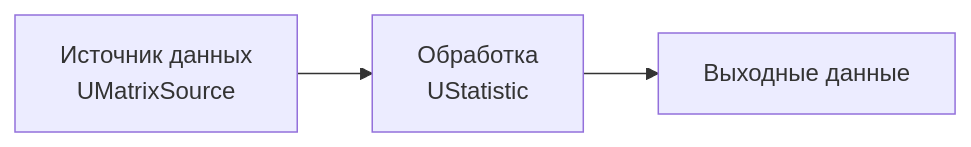
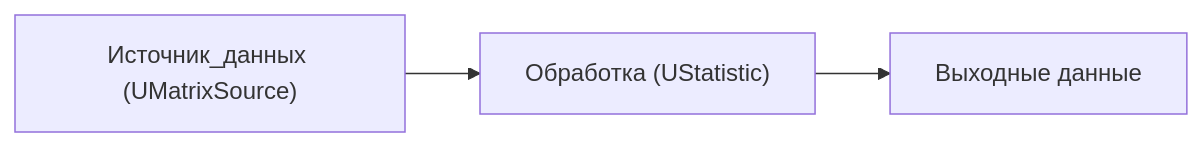
The first of 3 diagrams in Docs/Diagrams/Data-Flow.md (aicommunity/Rdk-BasicLib), drawn with Mermaid before and after one commit. The commit also changed other lines of this file and 3 other files, not shown here.

````diff
--- a/Docs/Diagrams/Data-Flow.md
+++ b/Docs/Diagrams/Data-Flow.md
@@ -7,9 +7,9 @@
 ```mermaid
 flowchart LR
-    Source[Источник данных<br/>UMatrixSource]
-    Process[Обработка<br/>UStatistic]
+    Source["Источник_данных (UMatrixSource)"]
+    Process["Обработка (UStatistic)"]
     Output[Выходные данные]
     
     Source --> Process
     Process --> Output
 ```
````
